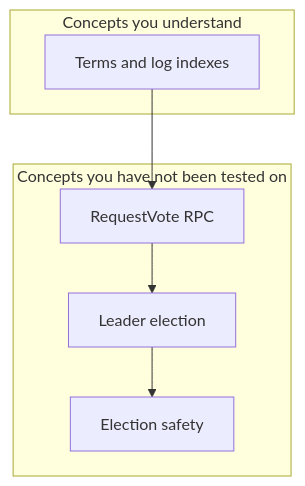
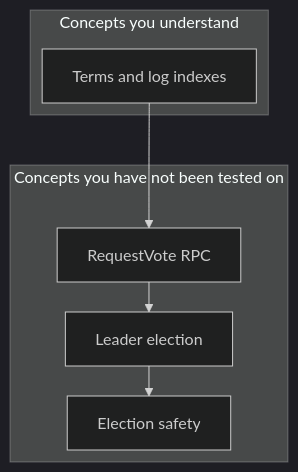
The second of 2 diagrams in README.md (Reithan/teach-me), drawn with Mermaid before and after one commit. The commit also changed other lines of this file, not shown here.

Commit message:
apply default mermaid config to README diagrams and group sub-agents

````diff
--- a/README.md
+++ b/README.md
@@ -49,12 +66,22 @@
 ```mermaid
+---
+config:
+  look: classic
+  darkMode: true
+  theme: dark
+  layout: elk
+  elk:
+    mergeEdges: true
+    nodePlacementStrategy: NETWORK_SIMPLEX
+---
 flowchart TB
     subgraph passed["Concepts you understand"]
         terms["Terms and log indexes"]
     end
     subgraph untested["Concepts you have not been tested on"]
         rpc["RequestVote RPC"]
         elect["Leader election"]
         safety["Election safety"]
     end
     terms --> rpc --> elect --> safety
 ```
````
